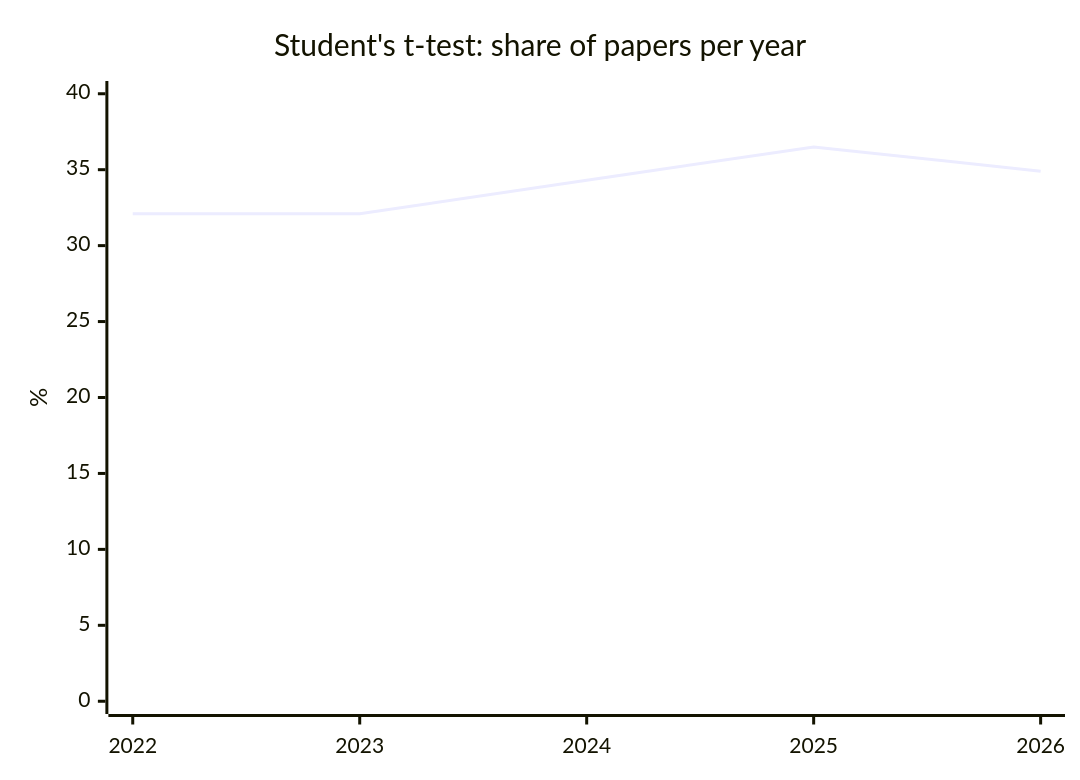
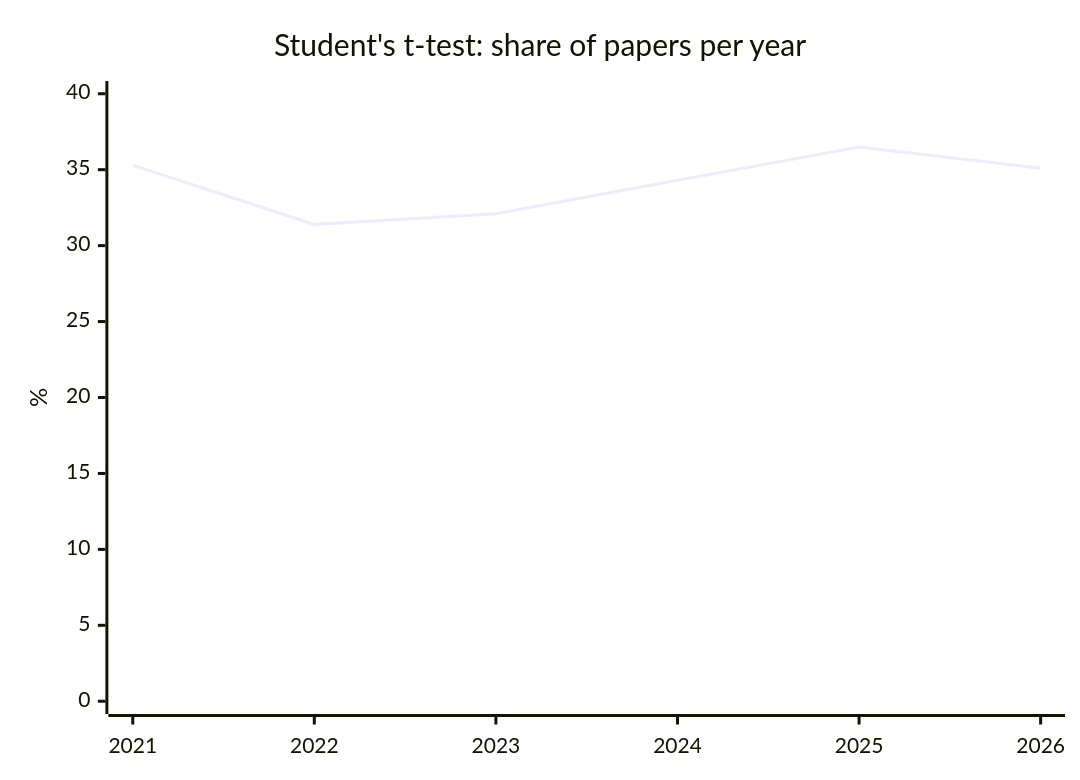
Before and after one commit to nfdi4health/datashield-function-ideas: the second of 5 diagrams in literature-watch/reports/overview.md, drawn with Mermaid. The commit also changed other lines of this file and 1 other file, not shown here.

````diff
--- a/literature-watch/reports/overview.md
+++ b/literature-watch/reports/overview.md
@@ -60,7 +60,7 @@
 ```mermaid
 xychart-beta
   title "Student's t-test: share of papers per year"
-  x-axis [2022, 2023, 2024, 2025, 2026]
+  x-axis [2021, 2022, 2023, 2024, 2025, 2026]
   y-axis "%" 0 --> 40
-  line [32.1, 32.1, 34.3, 36.5, 34.9]
+  line [35.3, 31.4, 32.1, 34.3, 36.5, 35.1]
 ```
````
